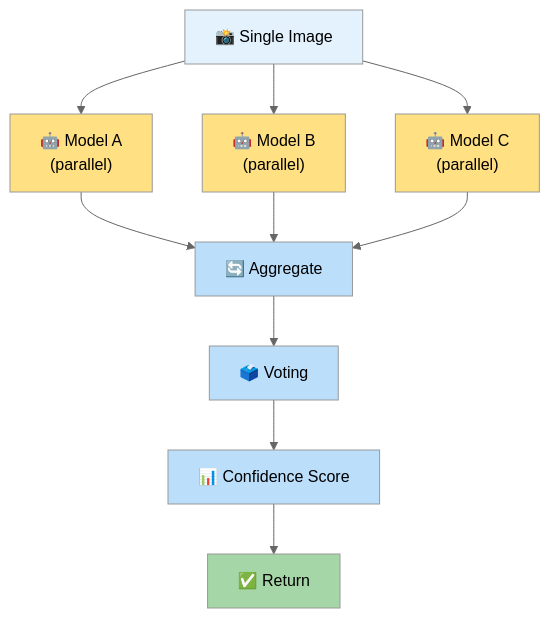
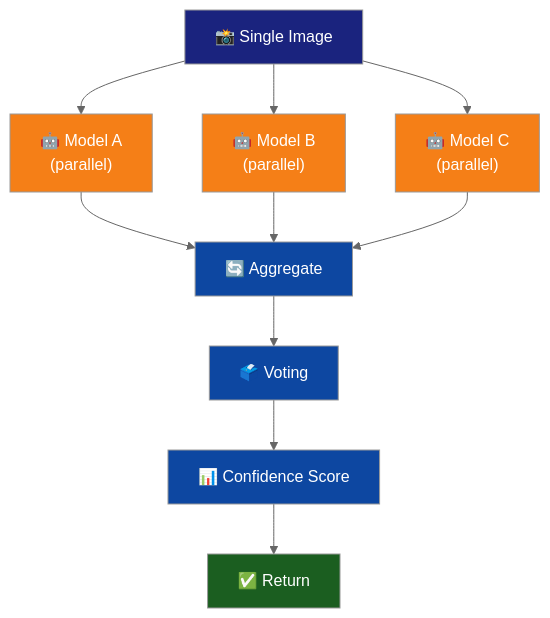
The fifth of 13 diagrams in README.md (Singularity-ng/singularity-workflows), drawn with Mermaid (neutral theme) before and after one commit. The commit also changed other lines of this file, not shown here.

First line of the commit message:
Improve Mermaid diagram contrast for dark GitHub theme

````diff
--- a/README.md
+++ b/README.md
@@ -137,25 +137,25 @@
 ```mermaid
 graph TB
     A["📸 Single Image"]
 
     A --> B["🤖 Model A<br/>(parallel)"]
     A --> C["🤖 Model B<br/>(parallel)"]
     A --> D["🤖 Model C<br/>(parallel)"]
 
     B --> E["🔄 Aggregate"]
     C --> E
     D --> E
 
     E --> F["🗳️ Voting"]
     F --> G["📊 Confidence Score"]
     G --> H["✅ Return"]
 
-    style A fill:#E3F2FD
-    style B fill:#FFE082
-    style C fill:#FFE082
-    style D fill:#FFE082
-    style E fill:#BBDEFB
-    style F fill:#BBDEFB
-    style G fill:#BBDEFB
-    style H fill:#A5D6A7
+    style A fill:#1a237e,color:#fff
+    style B fill:#f57f17,color:#fff
+    style C fill:#f57f17,color:#fff
+    style D fill:#f57f17,color:#fff
+    style E fill:#0d47a1,color:#fff
+    style F fill:#0d47a1,color:#fff
+    style G fill:#0d47a1,color:#fff
+    style H fill:#1b5e20,color:#fff
 ```
````
